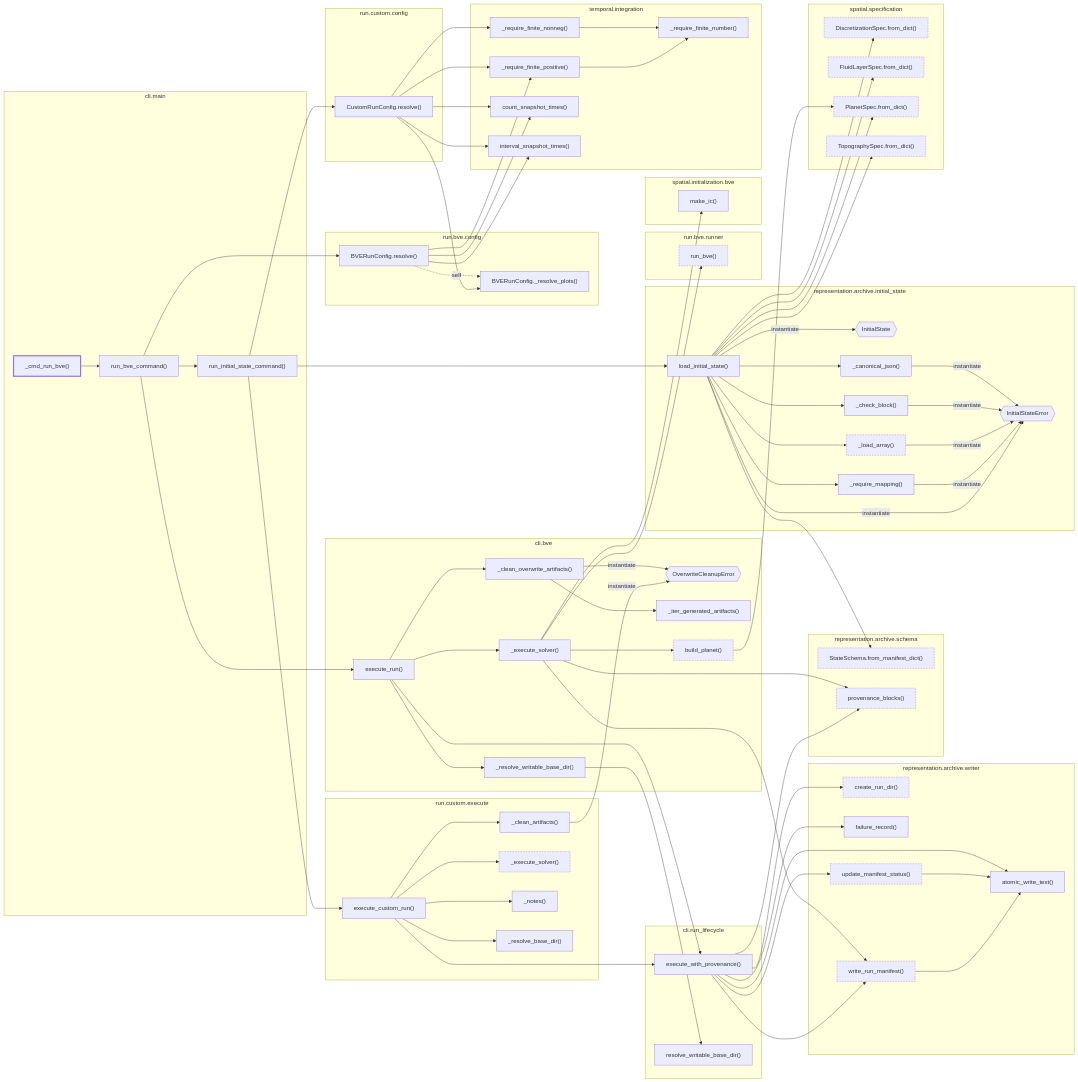
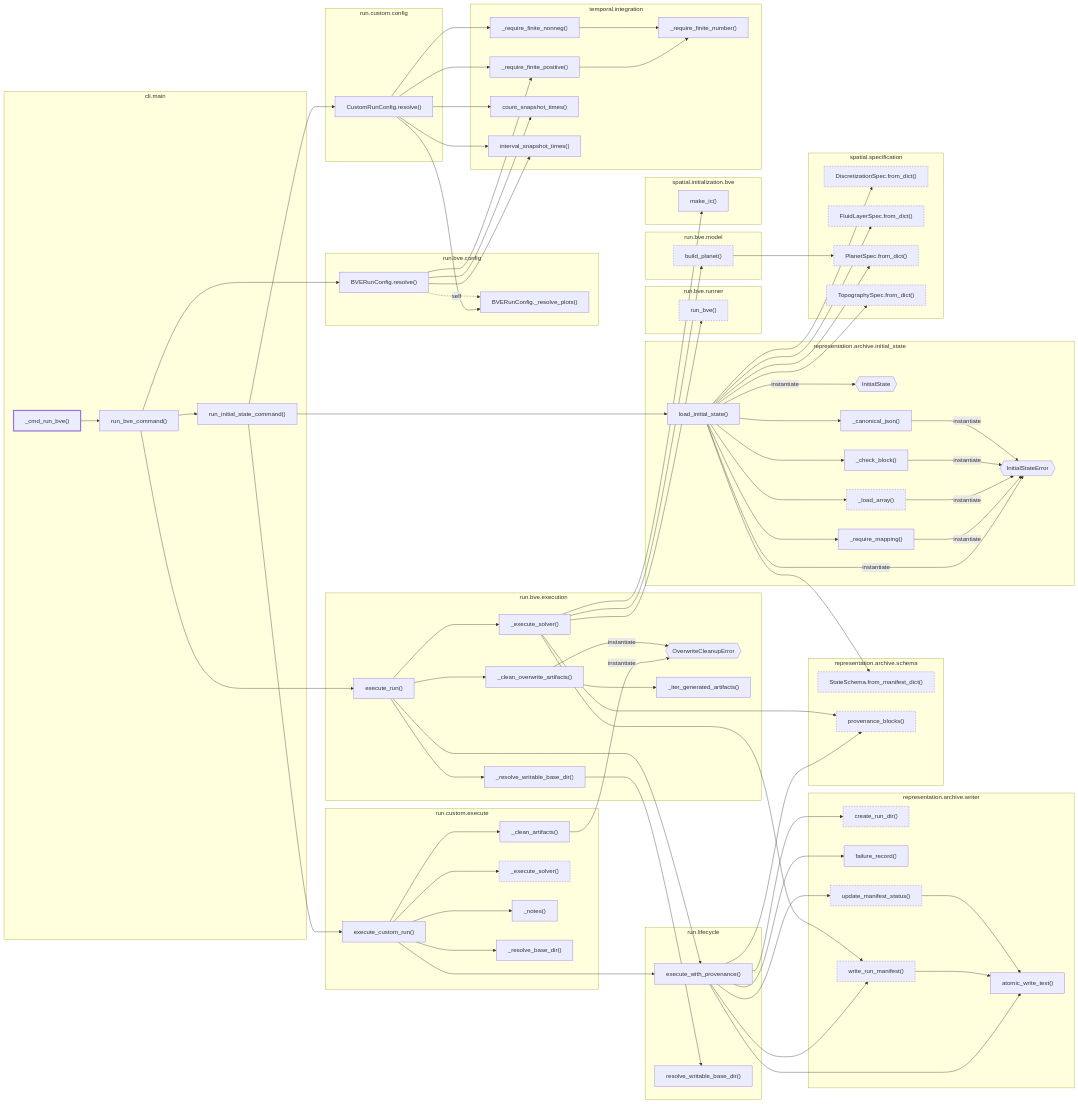
Before and after one commit to AlexandreEros/Palintropos: the diagram in docs/architecture/current/calls/cli-run-bve.mmd, drawn with Mermaid. The commit also changed 192 other files, not shown here.

```diff
--- a/docs/architecture/current/calls/cli-run-bve.mmd
+++ b/docs/architecture/current/calls/cli-run-bve.mmd
@@ -1,23 +1,10 @@
 %% Generated by tools.architecture 1.0.0. Do not edit by hand.
 %% Static call graph from tropoi.cli.main._cmd_run_bve, depth <= 4. Solid: call/instantiate/__init__/super. Dashed: self-dispatch and possible overrides. Dashed border: node with further calls beyond the depth cut.
 flowchart LR
-    subgraph g_tropoi_ocli_obve["cli.bve"]
-        n_tropoi_ocli_obve_oOverwriteCleanupError{{"OverwriteCleanupError"}}
-        n_tropoi_ocli_obve_o__clean__overwrite__artifacts["_clean_overwrite_artifacts()"]
-        n_tropoi_ocli_obve_o__execute__solver["_execute_solver()"]
-        n_tropoi_ocli_obve_o__iter__generated__artifacts["_iter_generated_artifacts()"]
-        n_tropoi_ocli_obve_o__resolve__writable__base__dir["_resolve_writable_base_dir()"]
-        n_tropoi_ocli_obve_obuild__planet["build_planet()"]
-        n_tropoi_ocli_obve_oexecute__run["execute_run()"]
-    end
     subgraph g_tropoi_ocli_omain["cli.main"]
         n_tropoi_ocli_omain_o__cmd__run__bve["_cmd_run_bve()"]
         n_tropoi_ocli_omain_orun__bve__command["run_bve_command()"]
         n_tropoi_ocli_omain_orun__initial__state__command["run_initial_state_command()"]
-    end
-    subgraph g_tropoi_ocli_orun__lifecycle["cli.run_lifecycle"]
-        n_tropoi_ocli_orun__lifecycle_oexecute__with__provenance["execute_with_provenance()"]
-        n_tropoi_ocli_orun__lifecycle_oresolve__writable__base__dir["resolve_writable_base_dir()"]
     end
     subgraph g_tropoi_orepresentation_oarchive_oinitial__state["representation.archive.initial_state"]
         n_tropoi_orepresentation_oarchive_oinitial__state_oInitialState{{"InitialState"}}
@@ -43,6 +30,17 @@
         n_tropoi_orun_obve_oconfig_oBVERunConfig_o__resolve__plots["BVERunConfig._resolve_plots()"]
         n_tropoi_orun_obve_oconfig_oBVERunConfig_oresolve["BVERunConfig.resolve()"]
     end
+    subgraph g_tropoi_orun_obve_oexecution["run.bve.execution"]
+        n_tropoi_orun_obve_oexecution_oOverwriteCleanupError{{"OverwriteCleanupError"}}
+        n_tropoi_orun_obve_oexecution_o__clean__overwrite__artifacts["_clean_overwrite_artifacts()"]
+        n_tropoi_orun_obve_oexecution_o__execute__solver["_execute_solver()"]
+        n_tropoi_orun_obve_oexecution_o__iter__generated__artifacts["_iter_generated_artifacts()"]
+        n_tropoi_orun_obve_oexecution_o__resolve__writable__base__dir["_resolve_writable_base_dir()"]
+        n_tropoi_orun_obve_oexecution_oexecute__run["execute_run()"]
+    end
+    subgraph g_tropoi_orun_obve_omodel["run.bve.model"]
+        n_tropoi_orun_obve_omodel_obuild__planet["build_planet()"]
+    end
     subgraph g_tropoi_orun_obve_orunner["run.bve.runner"]
         n_tropoi_orun_obve_orunner_orun__bve["run_bve()"]
     end
@@ -55,6 +53,10 @@
         n_tropoi_orun_ocustom_oexecute_o__notes["_notes()"]
         n_tropoi_orun_ocustom_oexecute_o__resolve__base__dir["_resolve_base_dir()"]
         n_tropoi_orun_ocustom_oexecute_oexecute__custom__run["execute_custom_run()"]
+    end
+    subgraph g_tropoi_orun_olifecycle["run.lifecycle"]
+        n_tropoi_orun_olifecycle_oexecute__with__provenance["execute_with_provenance()"]
+        n_tropoi_orun_olifecycle_oresolve__writable__base__dir["resolve_writable_base_dir()"]
     end
     subgraph g_tropoi_ospatial_oinitialization_obve["spatial.initialization.bve"]
         n_tropoi_ospatial_oinitialization_obve_omake__ic["make_ic()"]
@@ -72,32 +74,13 @@
         n_tropoi_otemporal_ointegration_ocount__snapshot__times["count_snapshot_times()"]
         n_tropoi_otemporal_ointegration_ointerval__snapshot__times["interval_snapshot_times()"]
     end
-    n_tropoi_ocli_obve_o__clean__overwrite__artifacts -->|instantiate| n_tropoi_ocli_obve_oOverwriteCleanupError
-    n_tropoi_ocli_obve_o__clean__overwrite__artifacts --> n_tropoi_ocli_obve_o__iter__generated__artifacts
-    n_tropoi_ocli_obve_o__execute__solver --> n_tropoi_ocli_obve_obuild__planet
-    n_tropoi_ocli_obve_o__execute__solver --> n_tropoi_orepresentation_oarchive_oschema_oprovenance__blocks
-    n_tropoi_ocli_obve_o__execute__solver --> n_tropoi_orepresentation_oarchive_owriter_owrite__run__manifest
-    n_tropoi_ocli_obve_o__execute__solver --> n_tropoi_orun_obve_orunner_orun__bve
-    n_tropoi_ocli_obve_o__execute__solver --> n_tropoi_ospatial_oinitialization_obve_omake__ic
-    n_tropoi_ocli_obve_o__resolve__writable__base__dir --> n_tropoi_ocli_orun__lifecycle_oresolve__writable__base__dir
-    n_tropoi_ocli_obve_obuild__planet --> n_tropoi_ospatial_ospecification_oPlanetSpec_ofrom__dict
-    n_tropoi_ocli_obve_oexecute__run --> n_tropoi_ocli_obve_o__clean__overwrite__artifacts
-    n_tropoi_ocli_obve_oexecute__run --> n_tropoi_ocli_obve_o__execute__solver
-    n_tropoi_ocli_obve_oexecute__run --> n_tropoi_ocli_obve_o__resolve__writable__base__dir
-    n_tropoi_ocli_obve_oexecute__run --> n_tropoi_ocli_orun__lifecycle_oexecute__with__provenance
     n_tropoi_ocli_omain_o__cmd__run__bve --> n_tropoi_ocli_omain_orun__bve__command
-    n_tropoi_ocli_omain_orun__bve__command --> n_tropoi_ocli_obve_oexecute__run
     n_tropoi_ocli_omain_orun__bve__command --> n_tropoi_ocli_omain_orun__initial__state__command
     n_tropoi_ocli_omain_orun__bve__command --> n_tropoi_orun_obve_oconfig_oBVERunConfig_oresolve
+    n_tropoi_ocli_omain_orun__bve__command --> n_tropoi_orun_obve_oexecution_oexecute__run
     n_tropoi_ocli_omain_orun__initial__state__command --> n_tropoi_orepresentation_oarchive_oinitial__state_oload__initial__state
     n_tropoi_ocli_omain_orun__initial__state__command --> n_tropoi_orun_ocustom_oconfig_oCustomRunConfig_oresolve
     n_tropoi_ocli_omain_orun__initial__state__command --> n_tropoi_orun_ocustom_oexecute_oexecute__custom__run
-    n_tropoi_ocli_orun__lifecycle_oexecute__with__provenance --> n_tropoi_orepresentation_oarchive_oschema_oprovenance__blocks
-    n_tropoi_ocli_orun__lifecycle_oexecute__with__provenance --> n_tropoi_orepresentation_oarchive_owriter_oatomic__write__text
-    n_tropoi_ocli_orun__lifecycle_oexecute__with__provenance --> n_tropoi_orepresentation_oarchive_owriter_ocreate__run__dir
-    n_tropoi_ocli_orun__lifecycle_oexecute__with__provenance --> n_tropoi_orepresentation_oarchive_owriter_ofailure__record
-    n_tropoi_ocli_orun__lifecycle_oexecute__with__provenance --> n_tropoi_orepresentation_oarchive_owriter_oupdate__manifest__status
-    n_tropoi_ocli_orun__lifecycle_oexecute__with__provenance --> n_tropoi_orepresentation_oarchive_owriter_owrite__run__manifest
     n_tropoi_orepresentation_oarchive_oinitial__state_o__canonical__json -->|instantiate| n_tropoi_orepresentation_oarchive_oinitial__state_oInitialStateError
     n_tropoi_orepresentation_oarchive_oinitial__state_o__check__block -->|instantiate| n_tropoi_orepresentation_oarchive_oinitial__state_oInitialStateError
     n_tropoi_orepresentation_oarchive_oinitial__state_o__load__array -->|instantiate| n_tropoi_orepresentation_oarchive_oinitial__state_oInitialStateError
@@ -119,29 +102,48 @@
     n_tropoi_orun_obve_oconfig_oBVERunConfig_oresolve --> n_tropoi_otemporal_ointegration_o__require__finite__positive
     n_tropoi_orun_obve_oconfig_oBVERunConfig_oresolve --> n_tropoi_otemporal_ointegration_ocount__snapshot__times
     n_tropoi_orun_obve_oconfig_oBVERunConfig_oresolve --> n_tropoi_otemporal_ointegration_ointerval__snapshot__times
+    n_tropoi_orun_obve_oexecution_o__clean__overwrite__artifacts -->|instantiate| n_tropoi_orun_obve_oexecution_oOverwriteCleanupError
+    n_tropoi_orun_obve_oexecution_o__clean__overwrite__artifacts --> n_tropoi_orun_obve_oexecution_o__iter__generated__artifacts
+    n_tropoi_orun_obve_oexecution_o__execute__solver --> n_tropoi_orepresentation_oarchive_oschema_oprovenance__blocks
+    n_tropoi_orun_obve_oexecution_o__execute__solver --> n_tropoi_orepresentation_oarchive_owriter_owrite__run__manifest
+    n_tropoi_orun_obve_oexecution_o__execute__solver --> n_tropoi_orun_obve_omodel_obuild__planet
+    n_tropoi_orun_obve_oexecution_o__execute__solver --> n_tropoi_orun_obve_orunner_orun__bve
+    n_tropoi_orun_obve_oexecution_o__execute__solver --> n_tropoi_ospatial_oinitialization_obve_omake__ic
+    n_tropoi_orun_obve_oexecution_o__resolve__writable__base__dir --> n_tropoi_orun_olifecycle_oresolve__writable__base__dir
+    n_tropoi_orun_obve_oexecution_oexecute__run --> n_tropoi_orun_obve_oexecution_o__clean__overwrite__artifacts
+    n_tropoi_orun_obve_oexecution_oexecute__run --> n_tropoi_orun_obve_oexecution_o__execute__solver
+    n_tropoi_orun_obve_oexecution_oexecute__run --> n_tropoi_orun_obve_oexecution_o__resolve__writable__base__dir
+    n_tropoi_orun_obve_oexecution_oexecute__run --> n_tropoi_orun_olifecycle_oexecute__with__provenance
+    n_tropoi_orun_obve_omodel_obuild__planet --> n_tropoi_ospatial_ospecification_oPlanetSpec_ofrom__dict
     n_tropoi_orun_ocustom_oconfig_oCustomRunConfig_oresolve --> n_tropoi_orun_obve_oconfig_oBVERunConfig_o__resolve__plots
     n_tropoi_orun_ocustom_oconfig_oCustomRunConfig_oresolve --> n_tropoi_otemporal_ointegration_o__require__finite__nonneg
     n_tropoi_orun_ocustom_oconfig_oCustomRunConfig_oresolve --> n_tropoi_otemporal_ointegration_o__require__finite__positive
     n_tropoi_orun_ocustom_oconfig_oCustomRunConfig_oresolve --> n_tropoi_otemporal_ointegration_ocount__snapshot__times
     n_tropoi_orun_ocustom_oconfig_oCustomRunConfig_oresolve --> n_tropoi_otemporal_ointegration_ointerval__snapshot__times
-    n_tropoi_orun_ocustom_oexecute_o__clean__artifacts -->|instantiate| n_tropoi_ocli_obve_oOverwriteCleanupError
-    n_tropoi_orun_ocustom_oexecute_oexecute__custom__run --> n_tropoi_ocli_orun__lifecycle_oexecute__with__provenance
+    n_tropoi_orun_ocustom_oexecute_o__clean__artifacts -->|instantiate| n_tropoi_orun_obve_oexecution_oOverwriteCleanupError
     n_tropoi_orun_ocustom_oexecute_oexecute__custom__run --> n_tropoi_orun_ocustom_oexecute_o__clean__artifacts
     n_tropoi_orun_ocustom_oexecute_oexecute__custom__run --> n_tropoi_orun_ocustom_oexecute_o__execute__solver
     n_tropoi_orun_ocustom_oexecute_oexecute__custom__run --> n_tropoi_orun_ocustom_oexecute_o__notes
     n_tropoi_orun_ocustom_oexecute_oexecute__custom__run --> n_tropoi_orun_ocustom_oexecute_o__resolve__base__dir
+    n_tropoi_orun_ocustom_oexecute_oexecute__custom__run --> n_tropoi_orun_olifecycle_oexecute__with__provenance
+    n_tropoi_orun_olifecycle_oexecute__with__provenance --> n_tropoi_orepresentation_oarchive_oschema_oprovenance__blocks
+    n_tropoi_orun_olifecycle_oexecute__with__provenance --> n_tropoi_orepresentation_oarchive_owriter_oatomic__write__text
+    n_tropoi_orun_olifecycle_oexecute__with__provenance --> n_tropoi_orepresentation_oarchive_owriter_ocreate__run__dir
+    n_tropoi_orun_olifecycle_oexecute__with__provenance --> n_tropoi_orepresentation_oarchive_owriter_ofailure__record
+    n_tropoi_orun_olifecycle_oexecute__with__provenance --> n_tropoi_orepresentation_oarchive_owriter_oupdate__manifest__status
+    n_tropoi_orun_olifecycle_oexecute__with__provenance --> n_tropoi_orepresentation_oarchive_owriter_owrite__run__manifest
     n_tropoi_otemporal_ointegration_o__require__finite__nonneg --> n_tropoi_otemporal_ointegration_o__require__finite__number
     n_tropoi_otemporal_ointegration_o__require__finite__positive --> n_tropoi_otemporal_ointegration_o__require__finite__number
     classDef root stroke-width:3px
     classDef truncated stroke-dasharray:4 3
     class n_tropoi_ocli_omain_o__cmd__run__bve root
-    class n_tropoi_ocli_obve_obuild__planet truncated
     class n_tropoi_orepresentation_oarchive_oinitial__state_o__load__array truncated
     class n_tropoi_orepresentation_oarchive_oschema_oStateSchema_ofrom__manifest__dict truncated
     class n_tropoi_orepresentation_oarchive_oschema_oprovenance__blocks truncated
     class n_tropoi_orepresentation_oarchive_owriter_ocreate__run__dir truncated
     class n_tropoi_orepresentation_oarchive_owriter_oupdate__manifest__status truncated
     class n_tropoi_orepresentation_oarchive_owriter_owrite__run__manifest truncated
+    class n_tropoi_orun_obve_omodel_obuild__planet truncated
     class n_tropoi_orun_obve_orunner_orun__bve truncated
     class n_tropoi_orun_ocustom_oexecute_o__execute__solver truncated
     class n_tropoi_ospatial_ospecification_oDiscretizationSpec_ofrom__dict truncated
```
